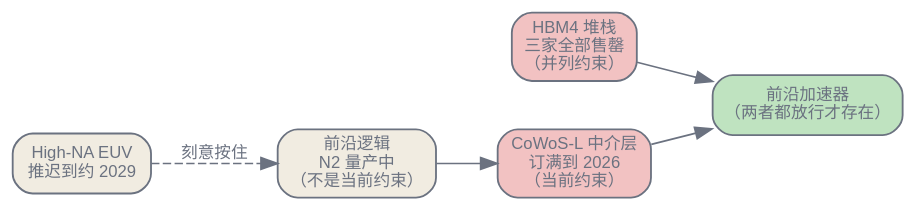
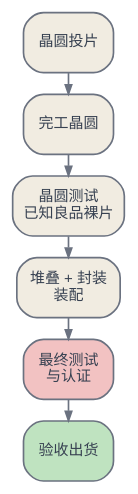
The second of 4 diagrams in zh/infrastructure/06-making-the-silicon.qmd (latere-ai/ai-as-an-infrastructure), drawn with Graphviz before and after one commit. The commit also changed other lines of this file and 3 other files, not shown here.

````diff
--- a/zh/infrastructure/06-making-the-silicon.qmd
+++ b/zh/infrastructure/06-making-the-silicon.qmd
@@ -13,20 +96,18 @@
 ```{dot}
-//| label: fig-making-silicon-gate
-//| fig-cap: "2026 年主要约束坐在哪里。前沿逻辑不再是限制全局的那一步；先进封装与 HBM 供给才是，而一块前沿加速器只有在两者同时放行时才存在。光刻前沿（High-NA EUV）被刻意推迟。"
-digraph {
+//| label: fig-making-silicon-flow
+//| fig-cap: "一笔出货背后的制造与测试边界。每次转换都可以分别测量库存和良率。"
+digraph flow {
   bgcolor="transparent";
-  rankdir=LR;
-  nodesep=0.4; ranksep=0.5;
-  node [shape=box, style="rounded,filled", fontname="Helvetica", fontsize=10, color="#6b7280", fontcolor="#6b7280", fillcolor="#f1ece1", penwidth=1.1];
-  edge [fontsize=10, fontname="Helvetica", color="#6b7280", fontcolor="#6b7280"];
-
-  fab [label="前沿逻辑\nN2 量产中\n（不是当前约束）"];
-  pkg [label="CoWoS-L 中介层\n订满到 2026\n（当前约束）", fillcolor="#f2c2c2"];
-  hbm [label="HBM4 堆栈\n三家全部售罄\n（并列约束）", fillcolor="#f2c2c2"];
-  acc [label="前沿加速器\n（两者都放行才存在）", fillcolor="#bfe3c0"];
-  highna [label="High-NA EUV\n推迟到约 2029"];
-  fab -> pkg -> acc;
-  hbm -> acc;
-  highna -> fab [style=dashed, label="刻意按住"];
+  rankdir=TB;
+  nodesep=0.12; ranksep=0.18;
+  node [shape=box, style="rounded,filled", fontname="Helvetica", fontsize=9, margin="0.08,0.04", color="#6b7280", fontcolor="#374151", fillcolor="#f1ece1"];
+  edge [color="#6b7280", arrowsize=0.55];
+  start [label="晶圆投片"];
+  fab [label="完工晶圆"];
+  probe [label="晶圆测试\n已知良品裸片"];
+  assemble [label="堆叠 + 封装\n装配"];
+  final [label="最终测试\n与认证", fillcolor="#f2c2c2"];
+  ship [label="验收出货", fillcolor="#bfe3c0"];
+  start -> fab -> probe -> assemble -> final -> ship;
 }
 ```
````
